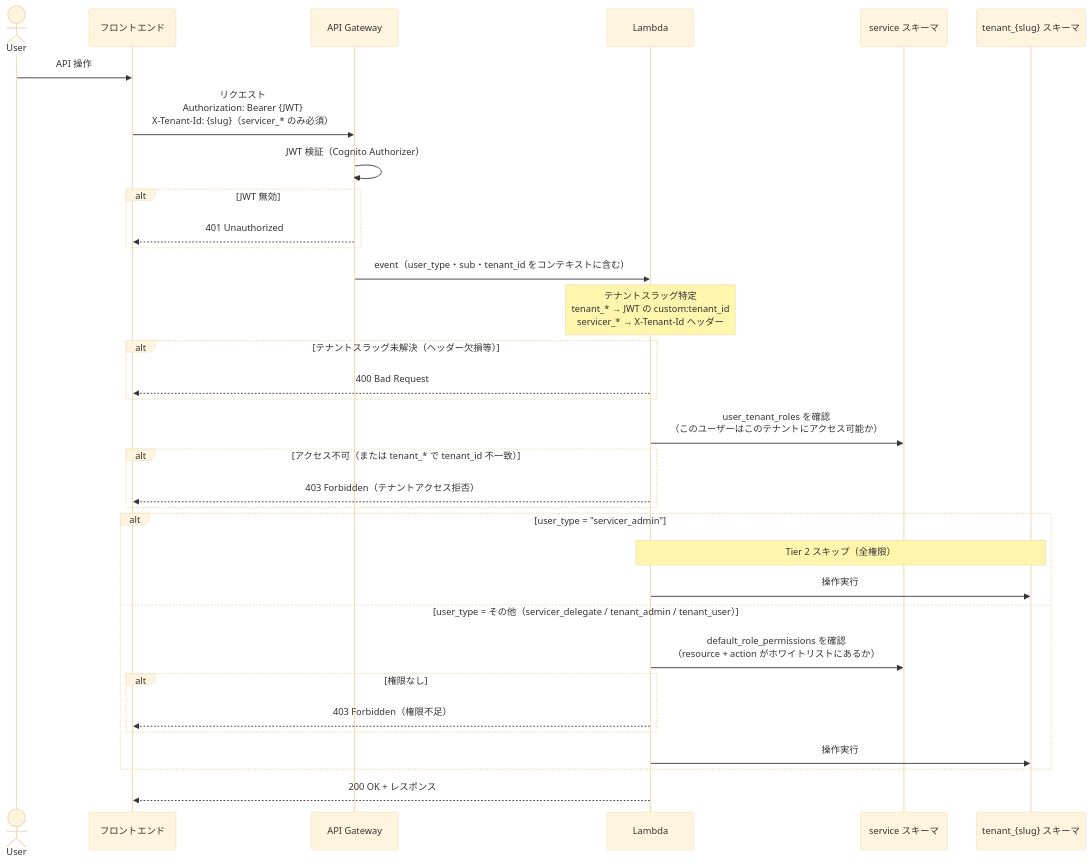
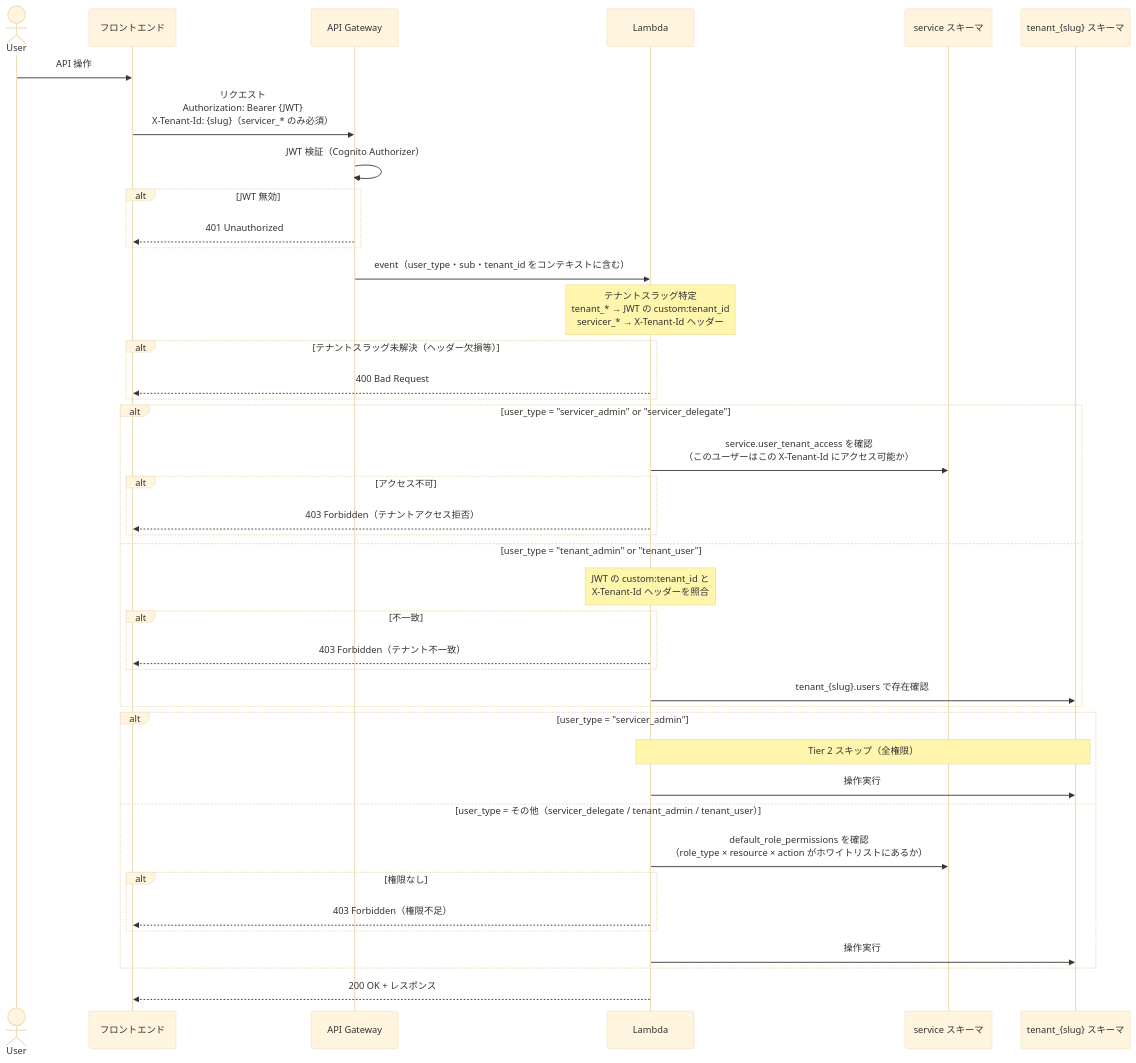
The diagram in docs/sprints/sprint2/auth-authz-design.md (hibohiboo/fantasy-line), drawn with Mermaid (base theme) before and after one commit. The commit also changed other lines of this file, not shown here.

````diff
--- a/docs/sprints/sprint2/auth-authz-design.md
+++ b/docs/sprints/sprint2/auth-authz-design.md
@@ -288,43 +303,51 @@
 ```mermaid
 sequenceDiagram
     actor User
     participant FE as フロントエンド
     participant APIGW as API Gateway
     participant Lambda
     participant ServiceDB as service スキーマ
     participant TenantDB as tenant_{slug} スキーマ
 
     User->>FE: API 操作
     FE->>APIGW: リクエスト<br/>Authorization: Bearer {JWT}<br/>X-Tenant-Id: {slug}（servicer_* のみ必須）
 
     APIGW->>APIGW: JWT 検証（Cognito Authorizer）
     alt JWT 無効
         APIGW-->>FE: 401 Unauthorized
     end
 
     APIGW->>Lambda: event（user_type・sub・tenant_id をコンテキストに含む）
 
     Note over Lambda: テナントスラッグ特定<br/>tenant_* → JWT の custom:tenant_id<br/>servicer_* → X-Tenant-Id ヘッダー
 
     alt テナントスラッグ未解決（ヘッダー欠損等）
         Lambda-->>FE: 400 Bad Request
     end
 
-    Lambda->>ServiceDB: user_tenant_roles を確認<br/>（このユーザーはこのテナントにアクセス可能か）
-    alt アクセス不可（または tenant_* で tenant_id 不一致）
-        Lambda-->>FE: 403 Forbidden（テナントアクセス拒否）
+    alt user_type = "servicer_admin" or "servicer_delegate"
+        Lambda->>ServiceDB: service.user_tenant_access を確認<br/>（このユーザーはこの X-Tenant-Id にアクセス可能か）
+        alt アクセス不可
+            Lambda-->>FE: 403 Forbidden（テナントアクセス拒否）
+        end
+    else user_type = "tenant_admin" or "tenant_user"
+        Note over Lambda: JWT の custom:tenant_id と<br/>X-Tenant-Id ヘッダーを照合
+        alt 不一致
+            Lambda-->>FE: 403 Forbidden（テナント不一致）
+        end
+        Lambda->>TenantDB: tenant_{slug}.users で存在確認
     end
 
     alt user_type = "servicer_admin"
         Note over Lambda,TenantDB: Tier 2 スキップ（全権限）
         Lambda->>TenantDB: 操作実行
     else user_type = その他（servicer_delegate / tenant_admin / tenant_user）
-        Lambda->>ServiceDB: default_role_permissions を確認<br/>（resource + action がホワイトリストにあるか）
+        Lambda->>ServiceDB: default_role_permissions を確認<br/>（role_type × resource × action がホワイトリストにあるか）
         alt 権限なし
             Lambda-->>FE: 403 Forbidden（権限不足）
         end
         Lambda->>TenantDB: 操作実行
     end
 
     Lambda-->>FE: 200 OK + レスポンス
 ```
````
